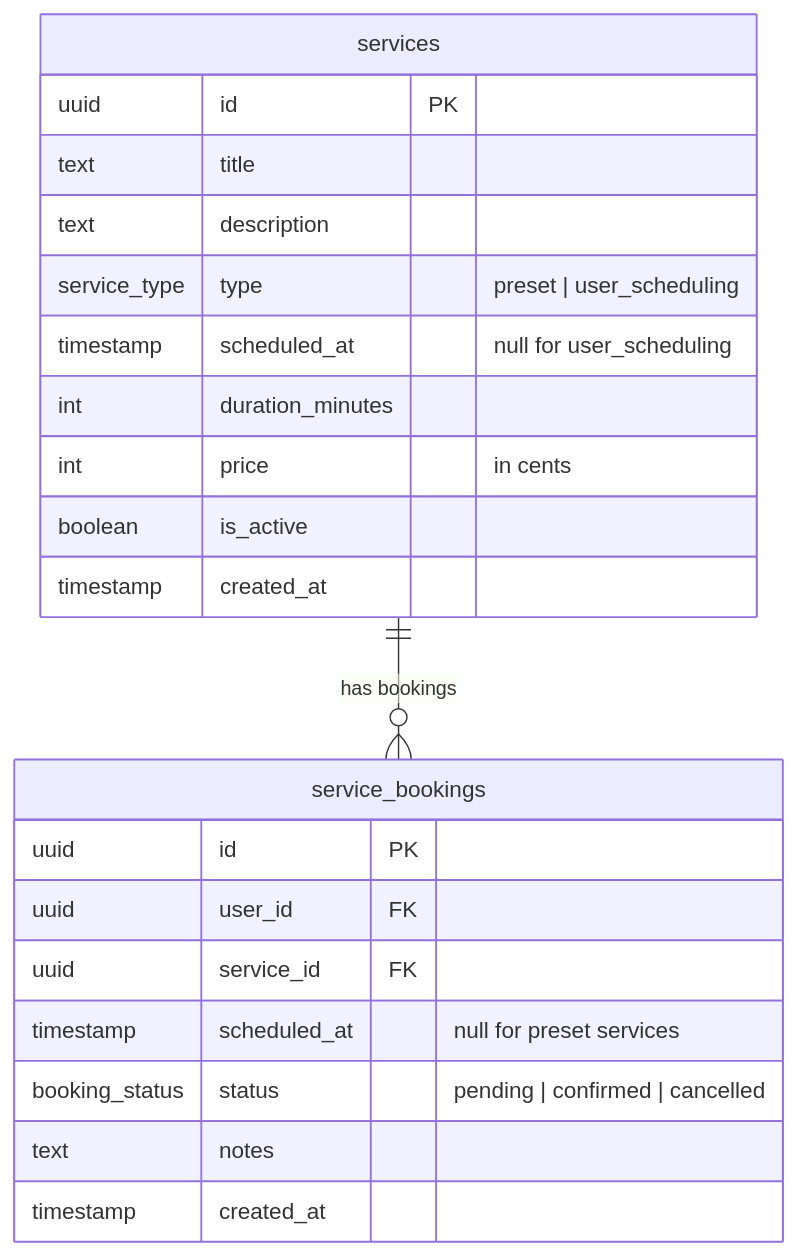
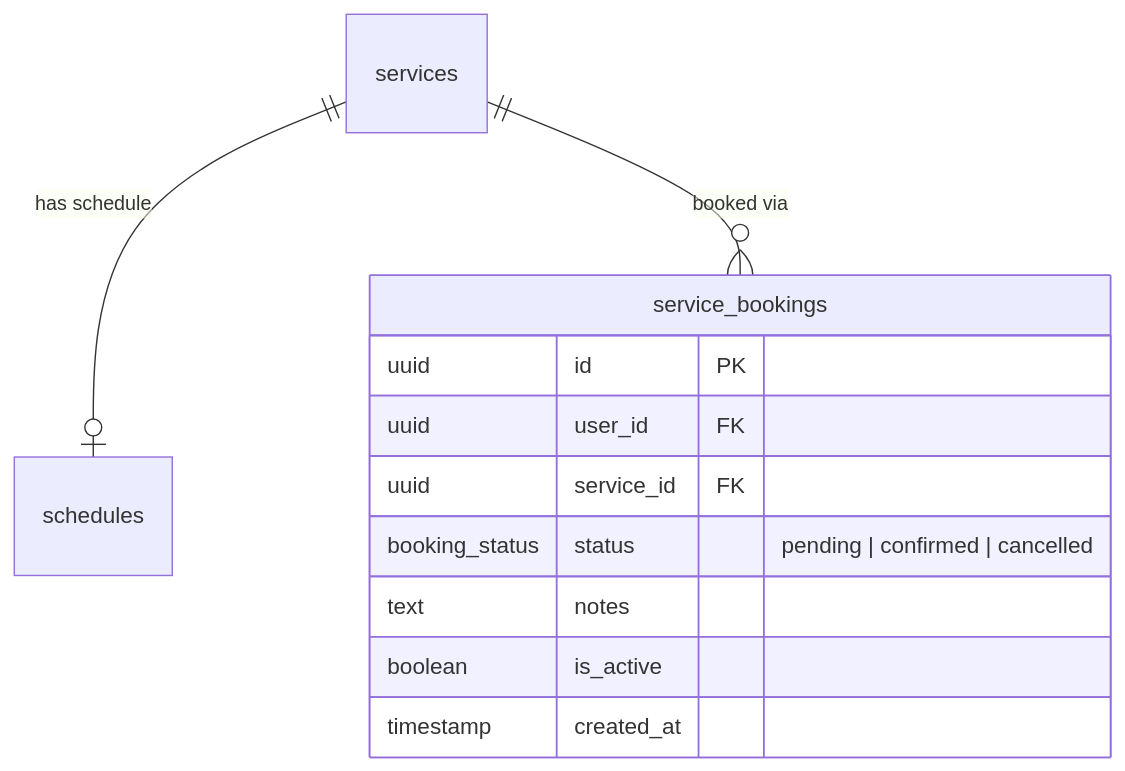
The third of 3 diagrams in docs/services.md (hack4impact/mcld-project), drawn with Mermaid before and after one commit. The commit also changed other lines of this file and 3 other files, not shown here.

````diff
--- a/docs/services.md
+++ b/docs/services.md
@@ -9,26 +42,15 @@
 ```mermaid
 erDiagram
-    services {
+    service_bookings {
         uuid id PK
-        text title
-        text description
-        service_type type "preset | user_scheduling"
-        timestamp scheduled_at "null for user_scheduling"
-        int duration_minutes
-        int price "in cents"
+        uuid user_id FK
+        uuid service_id FK
+        booking_status status "pending | confirmed | cancelled"
+        text notes
         boolean is_active
         timestamp created_at
     }
 
-    service_bookings {
-        uuid id PK
-        uuid user_id FK
-        uuid service_id FK
-        timestamp scheduled_at "null for preset services"
-        booking_status status "pending | confirmed | cancelled"
-        text notes
-        timestamp created_at
-    }
-
-    services ||--o{ service_bookings : "has bookings"
+    services ||--o| schedules : "has schedule"
+    services ||--o{ service_bookings : "booked via"
 ```
````
